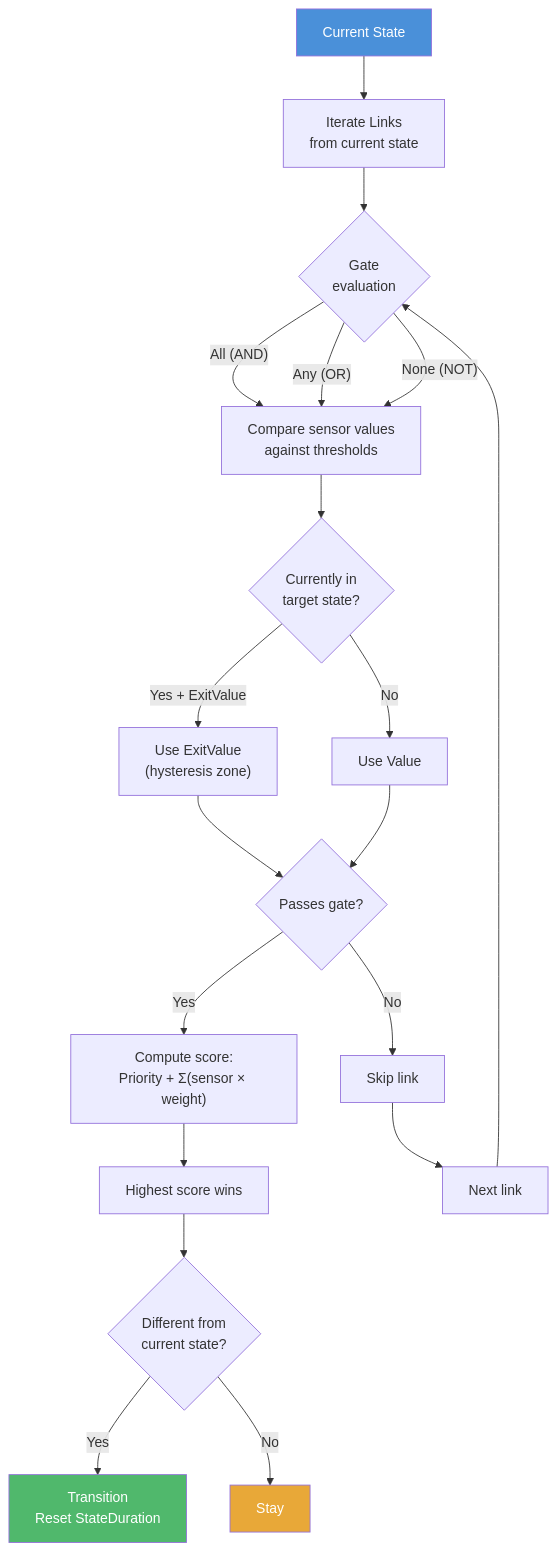
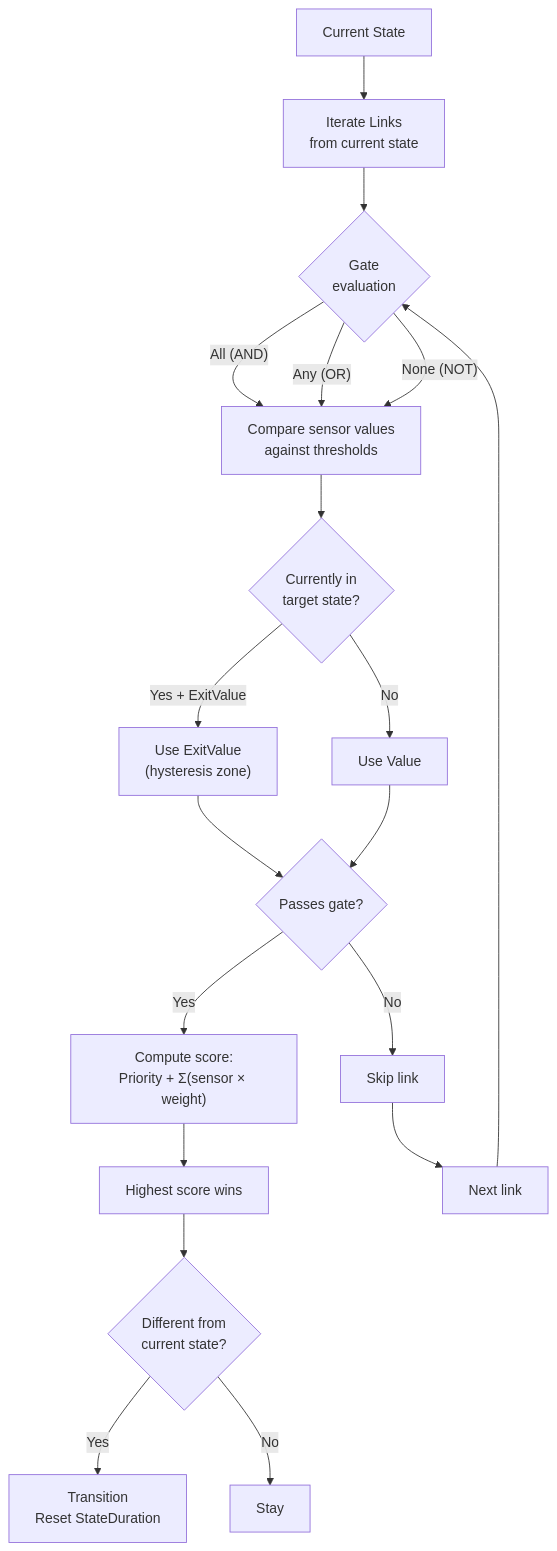
Before and after one commit to fm39hz/fm39hz-blogs: diagram 16 of 21 in src/content/articles/another-way-to-engineer-a-game.md, drawn with Mermaid. The commit also changed other lines of this file, not shown here.

````diff
--- a/src/content/articles/another-way-to-engineer-a-game.md
+++ b/src/content/articles/another-way-to-engineer-a-game.md
@@ -658,31 +626,27 @@
 ```mermaid
 flowchart TB
     START["Current State"] --> LINKS["Iterate Links<br/>from current state"]
     LINKS --> GATE{"Gate<br/>evaluation"}
 
     GATE -->|"All (AND)"| CHECK["Compare sensor values<br/>against thresholds"]
     GATE -->|"Any (OR)"| CHECK
     GATE -->|"None (NOT)"| CHECK
 
     CHECK --> HYST{"Currently in<br/>target state?"}
     HYST -->|"Yes + ExitValue"| EXIT["Use ExitValue<br/>(hysteresis zone)"]
     HYST -->|"No"| NORMAL["Use Value"]
 
     EXIT --> PASS{"Passes gate?"}
     NORMAL --> PASS
 
     PASS -->|"No"| SKIP["Skip link"]
     PASS -->|"Yes"| SCORE["Compute score:<br/>Priority + Σ(sensor × weight)"]
 
     SCORE --> PICK["Highest score wins"]
     SKIP --> NEXT["Next link"]
     NEXT --> GATE
 
     PICK --> RESULT{"Different from<br/>current state?"}
     RESULT -->|"Yes"| TRANSITION["Transition<br/>Reset StateDuration"]
     RESULT -->|"No"| KEEP["Stay"]
-
-    style START fill:#4a90d9,color:#fff
-    style TRANSITION fill:#50b86c,color:#fff
-    style KEEP fill:#e8a838,color:#fff
 ```
````
